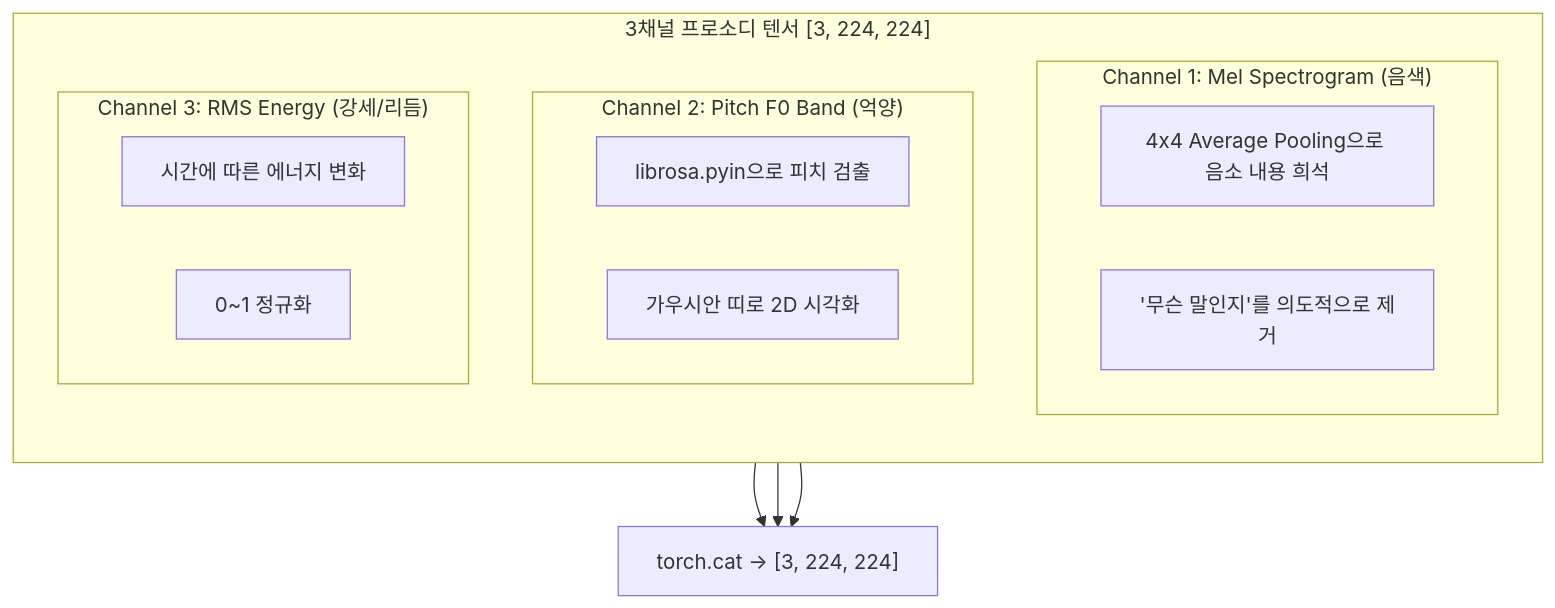
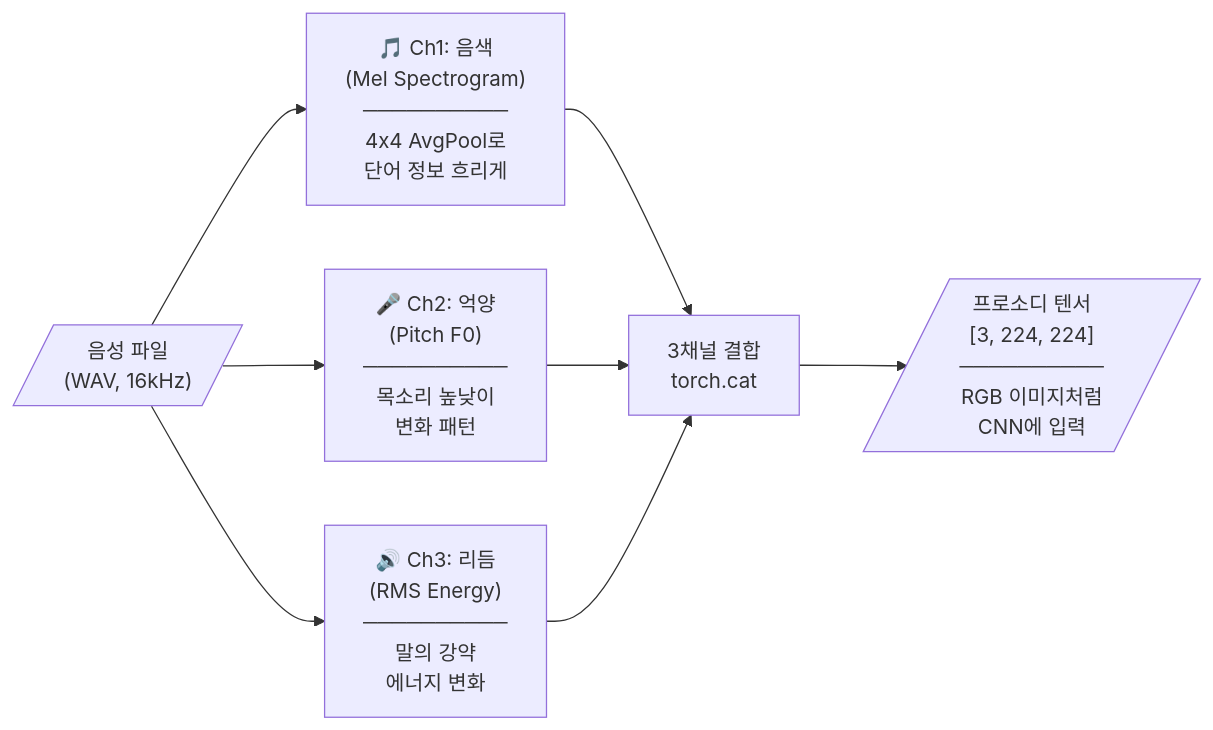
One commit to immortal0900/multimodal-depression-check-service changed the fourth of 4 diagrams in README.md. Above: the diagram before and after it, drawn with Mermaid. The commit also changed other lines of this file, not shown here.

Commit message:
refactor: readme

````diff
--- a/README.md
+++ b/README.md
@@ -234,23 +236,21 @@
 ```mermaid
-flowchart TB
-    subgraph TENSOR["3채널 프로소디 텐서 [3, 224, 224]"]
-        direction TB
-        subgraph CH1["Channel 1: Mel Spectrogram (음색)"]
-            C1_1["4x4 Average Pooling으로 음소 내용 희석"]
-            C1_2["'무슨 말인지'를 의도적으로 제거"]
-        end
-        subgraph CH2["Channel 2: Pitch F0 Band (억양)"]
-            C2_1["librosa.pyin으로 피치 검출"]
-            C2_2["가우시안 띠로 2D 시각화"]
-        end
-        subgraph CH3["Channel 3: RMS Energy (강세/리듬)"]
-            C3_1["시간에 따른 에너지 변화"]
-            C3_2["0~1 정규화"]
-        end
-    end
+flowchart LR
+    INPUT[/"음성 파일<br/>(WAV, 16kHz)"/]
+    
+    INPUT --> CH1
+    INPUT --> CH2
+    INPUT --> CH3
+
+    CH1["🎵 Ch1: 음색<br/>(Mel Spectrogram)<br/>──────────<br/>4x4 AvgPool로<br/>단어 정보 흐리게"]
+    
+    CH2["🎤 Ch2: 억양<br/>(Pitch F0)<br/>──────────<br/>목소리 높낮이<br/>변화 패턴"]
+    
+    CH3["🔊 Ch3: 리듬<br/>(RMS Energy)<br/>──────────<br/>말의 강약<br/>에너지 변화"]
 
     CH1 --> STACK
     CH2 --> STACK
     CH3 --> STACK
-    STACK["torch.cat → [3, 224, 224]"]
+    
+    STACK["3채널 결합<br/>torch.cat"]
+    STACK --> OUTPUT[/"프로소디 텐서<br/>[3, 224, 224]<br/>──────────<br/>RGB 이미지처럼<br/>CNN에 입력"/]
 ```
````
